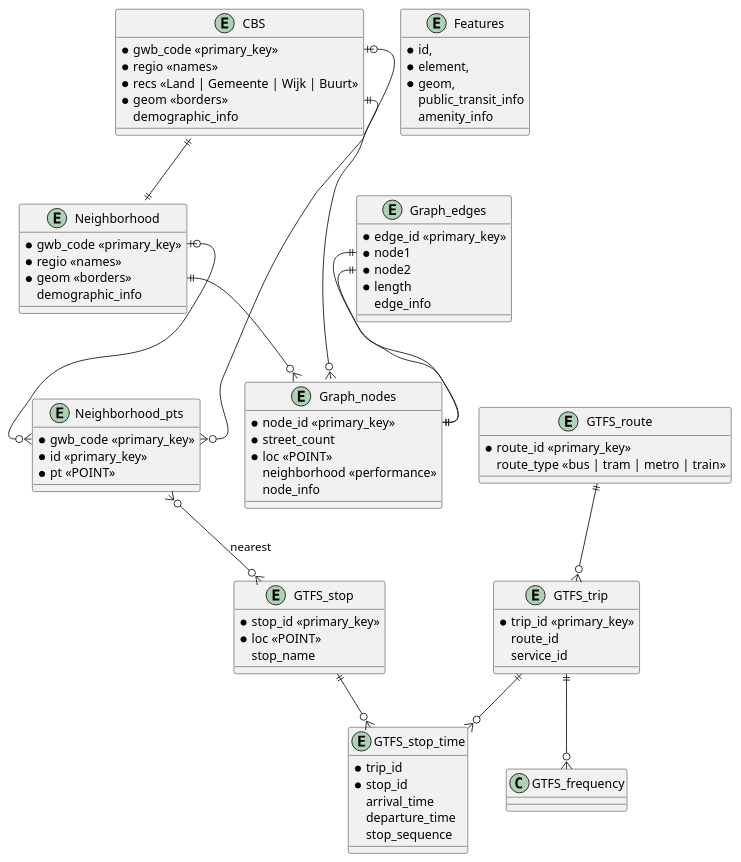
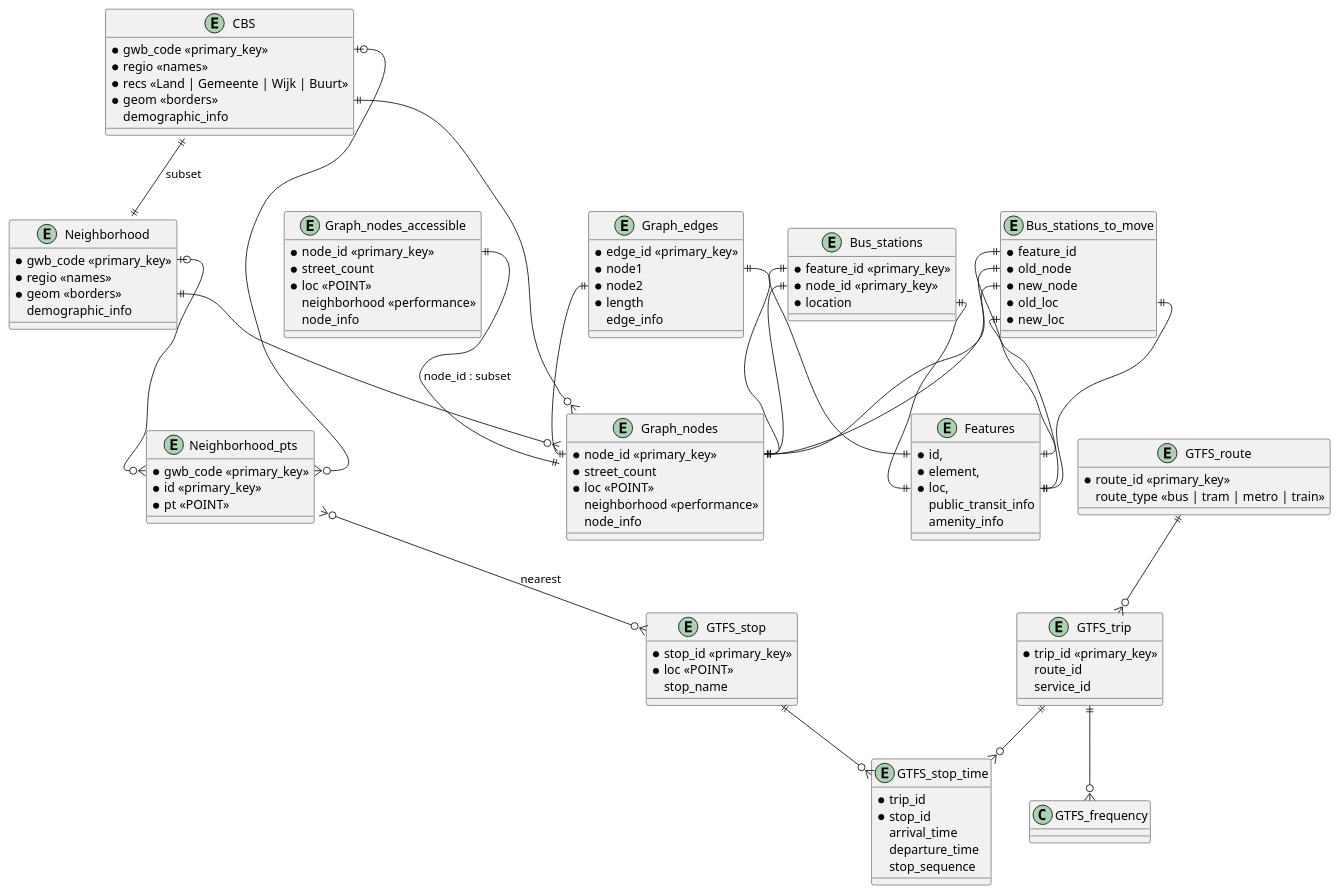
Before and after one commit to Tobias0107/STDAP: the diagram in Project-Overview/Design/Outer_design/database.plantuml, drawn with PlantUML. The commit also changed 4 other files, not shown here.

```diff
--- a/Project-Overview/Design/Outer_design/database.plantuml
+++ b/Project-Overview/Design/Outer_design/database.plantuml
@@ -1,112 +1,148 @@
 @startuml class UML
 
 ''''''''''''''''''''''''''''''''''''''
 '''''' Defining all classes ''''''''''
 ''''''''''''''''''''''''''''''''''''''
 
 ' On initialization
 entity CBS {
     *gwb_code <<primary_key>>
     *regio <<names>>
     *recs <<Land | Gemeente | Wijk | Buurt>>
     *geom <<borders>>
     demographic_info
 }
 
 ' For data-analysis on the nodes of a large OSMnx graph
 entity Graph_nodes {
     *node_id <<primary_key>>
     *street_count
     *loc <<POINT>>
     neighborhood <<performance>>
     node_info
 }
 
 entity Graph_edges {
     *edge_id <<primary_key>>
     *node1
     *node2
     *length
     edge_info
 }
 
+' Graph nodes that are accessible by the pedestrian network
+entity Graph_nodes_accessible {
+    *node_id <<primary_key>>
+    *street_count
+    *loc <<POINT>>
+    neighborhood <<performance>>
+    node_info
+}
+
+' Bus_stations (features) linked to nodes with feature location
+entity Bus_stations {
+    *feature_id <<primary_key>>
+    *node_id <<primary_key>>
+    *location
+}
+
+' The calculated result of the to-move Bus-stations
+entity Bus_stations_to_move {
+    *feature_id
+    *old_node
+    *new_node
+    *old_loc
+    *new_loc
+}
 
 ' The 5 points representing a neighborhood. Every point is a single column to
-' allow customizable number of points per neighborhood. 
+' allow customizable number of points per neighborhood.
 entity Neighborhood_pts {
     *gwb_code <<primary_key>>
     *id <<primary_key>>
     *pt <<POINT>>
 }
 
 ' Cleaned version of CBS after pre-processing.
 ' Contains only needed columns with some (partially) processed data.
 ' Only rec='Buurt'
 ' Population density
 ' Amenity density
 ' Only essential demographic_info
 entity Neighborhood {
     *gwb_code <<primary_key>>
     *regio <<names>>
     *geom <<borders>>
     demographic_info
 }
 
 entity Features {
     *id,
     *element,
-    *geom,
+    *loc,
     public_transit_info
     amenity_info
 }
 
 entity GTFS_stop {
     *stop_id <<primary_key>>
     *loc <<POINT>>
     stop_name
 }
 
 entity GTFS_route {
     *route_id <<primary_key>>
     route_type <<bus | tram | metro | train>>
 }
 
 entity GTFS_trip {
     *trip_id <<primary_key>>
     route_id
     service_id
 }
 
 entity GTFS_stop_time {
     *trip_id
     *stop_id
     arrival_time
     departure_time
     stop_sequence
 }
 
 
 ''''''''''''''''''''''''''''''''''''''
 '''''' Defining relations ''''''''''''
 ''''''''''''''''''''''''''''''''''''''
 
-CBS ||--|| Neighborhood
+CBS ||--|| Neighborhood : subset
 CBS::gwb_code |o--o{  Neighborhood_pts::gwb_code
 Neighborhood::gwb_code |o--o{  Neighborhood_pts::gwb_code
 
 CBS::geom ||--o{ Graph_nodes::zone
 Neighborhood::geom ||--o{ Graph_nodes::zone
 
 Graph_edges::node1 ||--|| Graph_nodes::node_id
 Graph_edges::node2 ||--|| Graph_nodes::node_id
 
 
 GTFS_route ||--o{ GTFS_trip
 GTFS_trip ||--o{ GTFS_stop_time
 GTFS_stop ||--o{ GTFS_stop_time
 
 GTFS_trip ||--o{ GTFS_frequency
 
 Neighborhood_pts }o--o{ GTFS_stop : nearest
 
+Bus_stations::feature_id ||--|| Features::id
+Bus_stations::node_id ||--|| Graph_nodes::node_id
+Bus_stations::location ||--|| Features::loc
+
+Bus_stations_to_move::feature_id ||--|| Features::id
+Bus_stations_to_move::old_node ||--|| Graph_nodes::node_id
+Bus_stations_to_move::new_node ||--|| Graph_nodes::node_id
+Bus_stations_to_move::old_loc ||--|| Features::loc
+Bus_stations_to_move::new_loc ||--|| Features::loc
+
+Graph_nodes_accessible::node_id ||--|| Graph_nodes:node_id : subset
+
 @enduml
```
